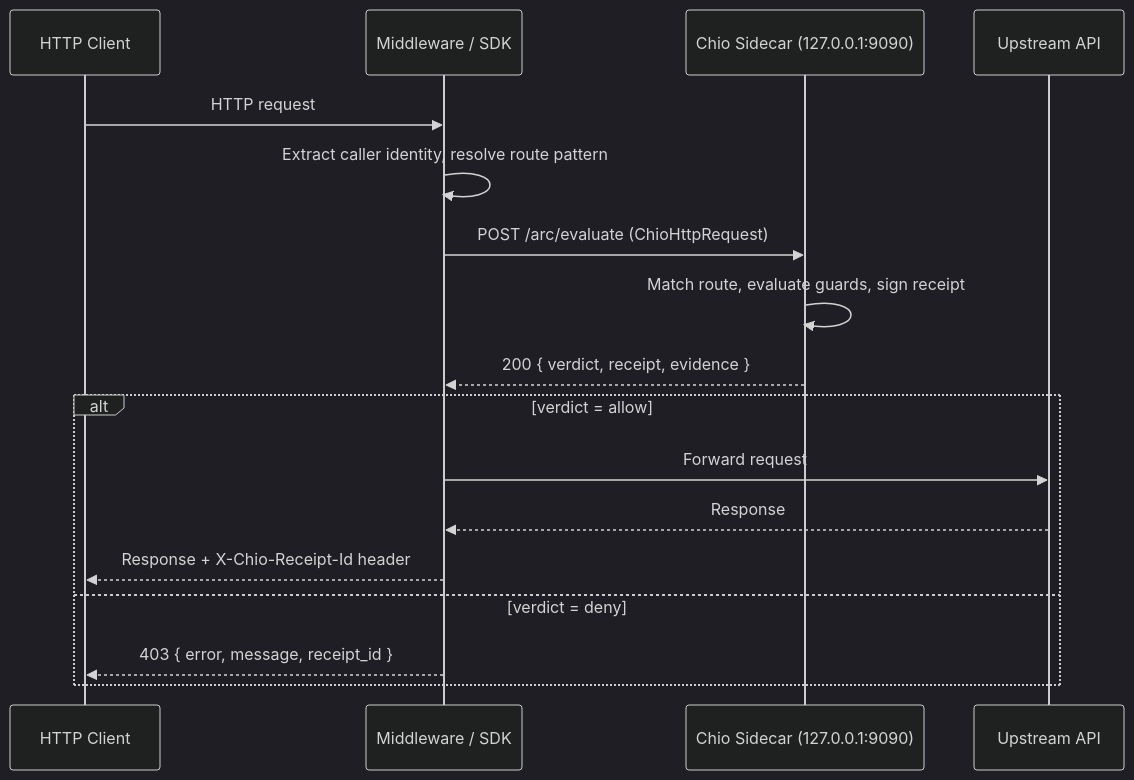
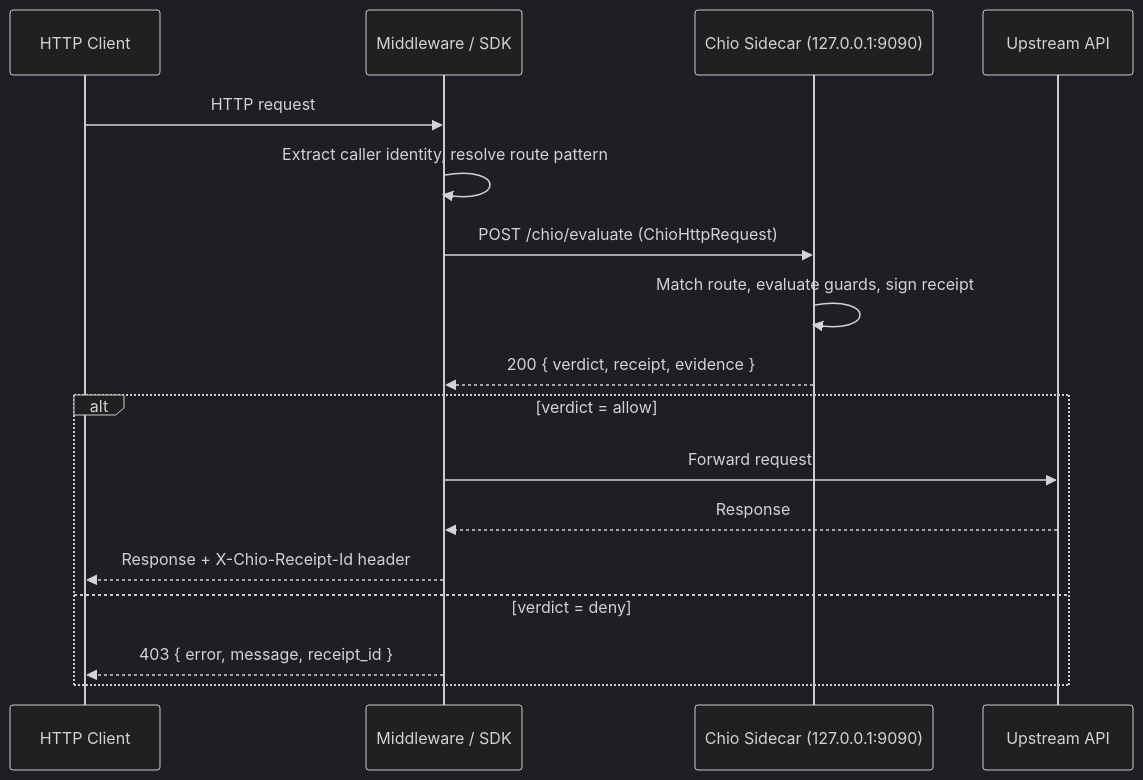
Before and after one commit to bb-connor/arc: the first of 2 diagrams in spec/HTTP-SUBSTRATE.md, drawn with Mermaid (dark theme). The commit also changed other lines of this file and 113 other files, not shown here.

````diff
--- a/spec/HTTP-SUBSTRATE.md
+++ b/spec/HTTP-SUBSTRATE.md
@@ -133,20 +133,20 @@
 ```mermaid
 sequenceDiagram
     participant Client as HTTP Client
     participant MW as Middleware / SDK
     participant Sidecar as Chio Sidecar (127.0.0.1:9090)
     participant Upstream as Upstream API
 
     Client->>MW: HTTP request
     MW->>MW: Extract caller identity, resolve route pattern
-    MW->>Sidecar: POST /arc/evaluate (ChioHttpRequest)
+    MW->>Sidecar: POST /chio/evaluate (ChioHttpRequest)
     Sidecar->>Sidecar: Match route, evaluate guards, sign receipt
     Sidecar-->>MW: 200 { verdict, receipt, evidence }
     alt verdict = allow
         MW->>Upstream: Forward request
         Upstream-->>MW: Response
         MW-->>Client: Response + X-Chio-Receipt-Id header
     else verdict = deny
         MW-->>Client: 403 { error, message, receipt_id }
     end
 ```
````
